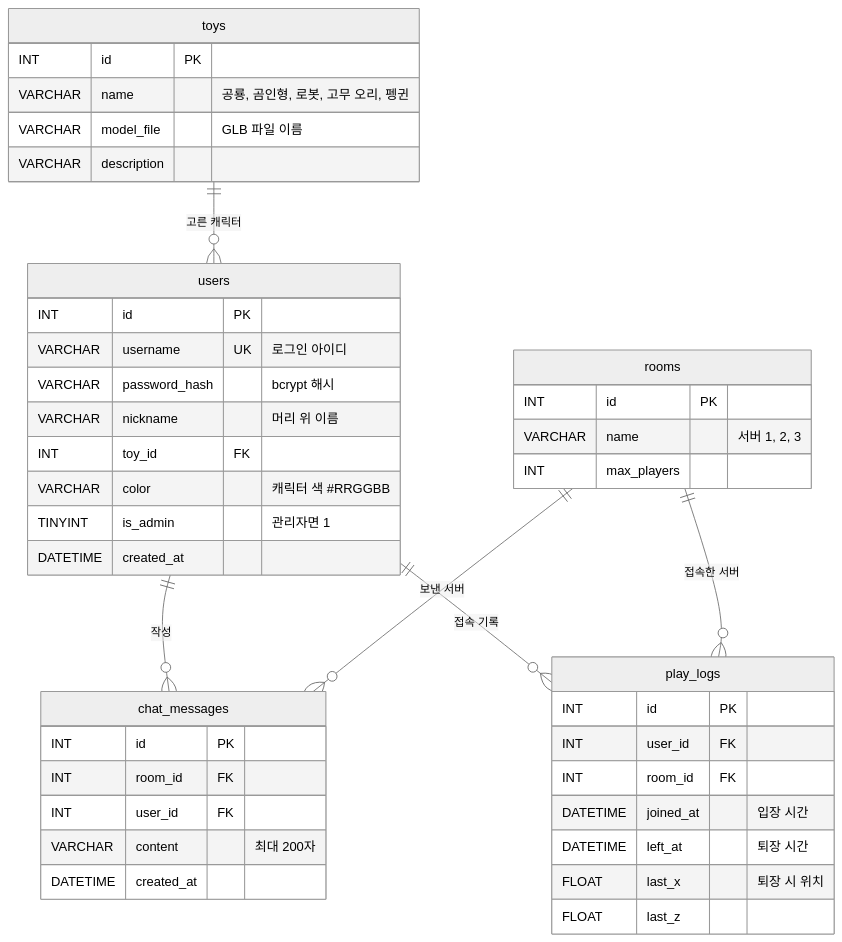
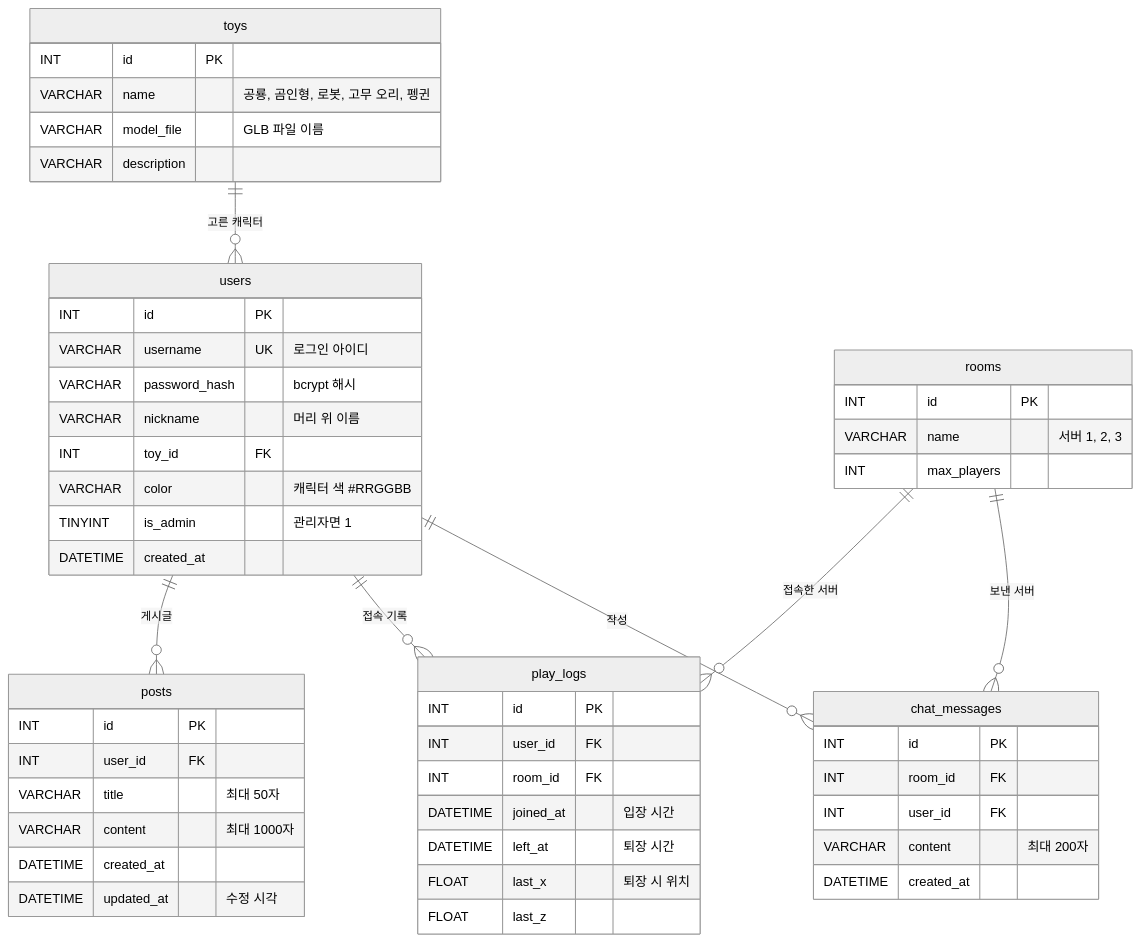
Before and after one commit to dongpal0825/toy-Playground: the diagram in README.md, drawn with Mermaid (neutral theme). The commit also changed other lines of this file and 17 other files, not shown here.

````diff
--- a/README.md
+++ b/README.md
@@ -60,46 +66,55 @@
 ```mermaid
 erDiagram
     toys ||--o{ users : "고른 캐릭터"
     users ||--o{ chat_messages : "작성"
     rooms ||--o{ chat_messages : "보낸 서버"
     users ||--o{ play_logs : "접속 기록"
+    users ||--o{ posts : "게시글"
     rooms ||--o{ play_logs : "접속한 서버"
 
     toys {
         INT id PK
         VARCHAR name "공룡, 곰인형, 로봇, 고무 오리, 펭귄"
         VARCHAR model_file "GLB 파일 이름"
         VARCHAR description
     }
     users {
         INT id PK
         VARCHAR username UK "로그인 아이디"
         VARCHAR password_hash "bcrypt 해시"
         VARCHAR nickname "머리 위 이름"
         INT toy_id FK
         VARCHAR color "캐릭터 색 #RRGGBB"
         TINYINT is_admin "관리자면 1"
         DATETIME created_at
     }
     rooms {
         INT id PK
         VARCHAR name "서버 1, 2, 3"
         INT max_players
     }
     chat_messages {
         INT id PK
         INT room_id FK
         INT user_id FK
         VARCHAR content "최대 200자"
         DATETIME created_at
     }
     play_logs {
         INT id PK
         INT user_id FK
         INT room_id FK
         DATETIME joined_at "입장 시간"
         DATETIME left_at "퇴장 시간"
         FLOAT last_x "퇴장 시 위치"
         FLOAT last_z
     }
+    posts {
+        INT id PK
+        INT user_id FK
+        VARCHAR title "최대 50자"
+        VARCHAR content "최대 1000자"
+        DATETIME created_at
+        DATETIME updated_at "수정 시각"
+    }
 ```
````
